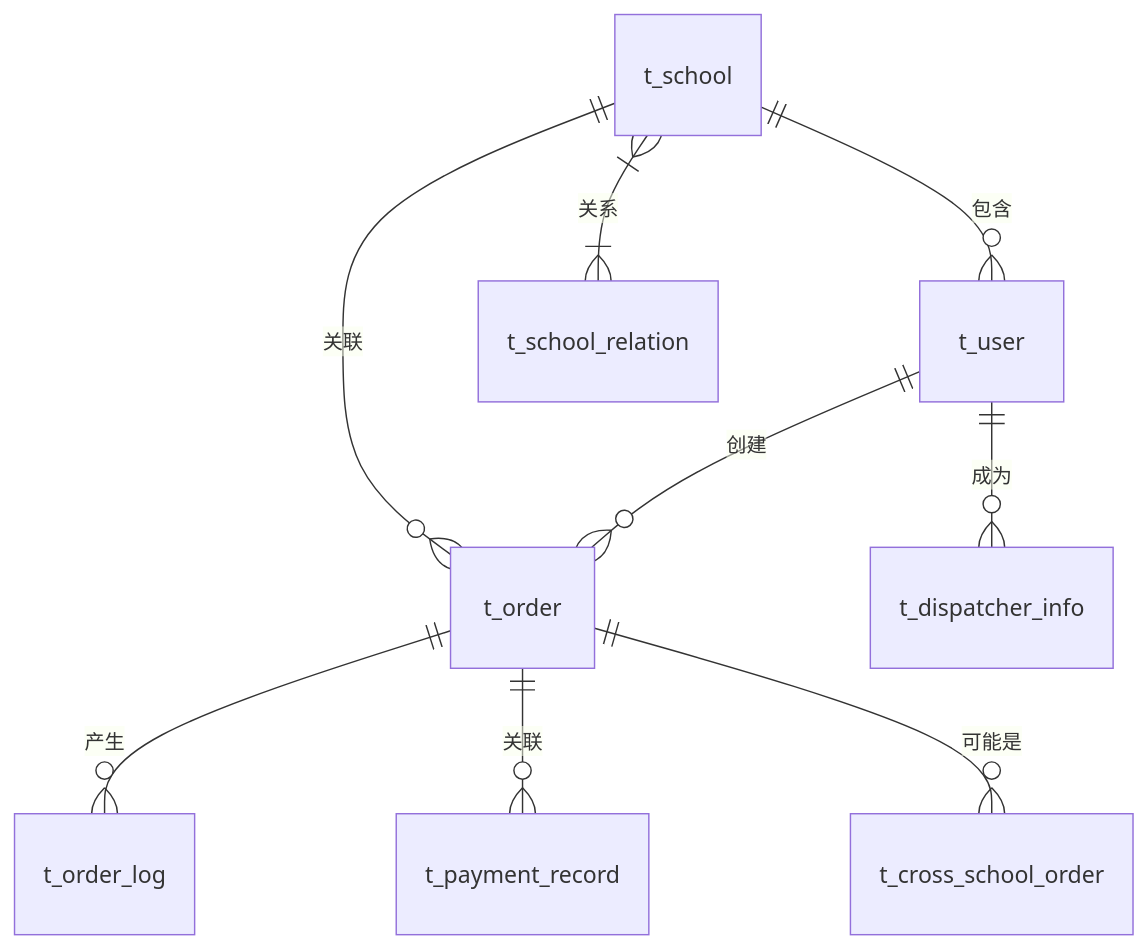
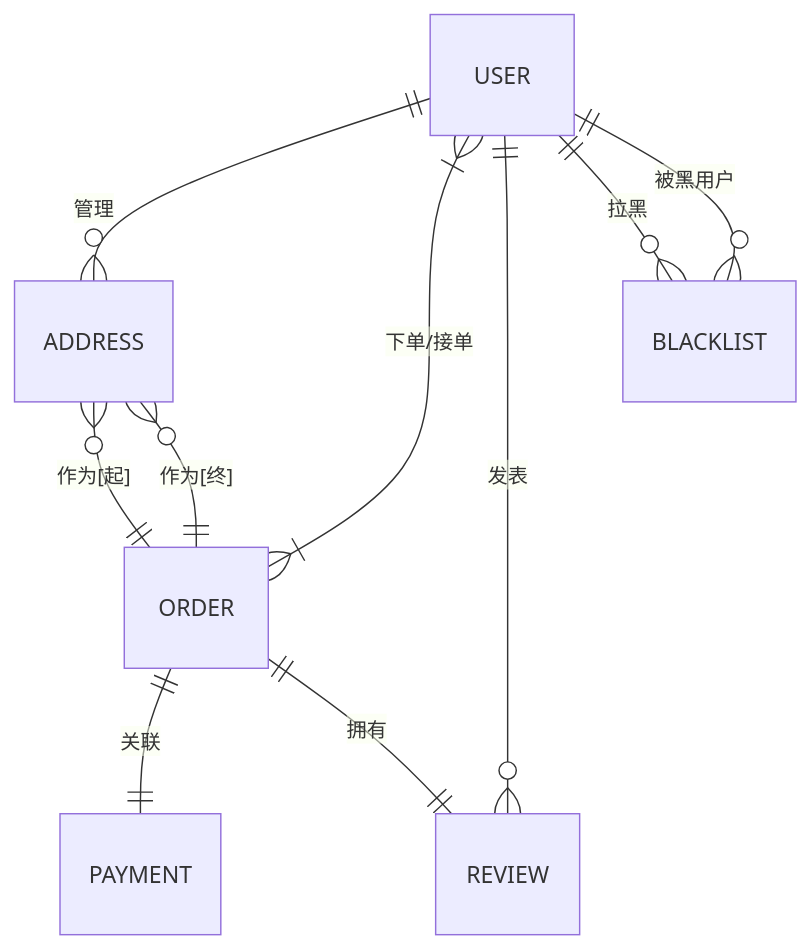
One commit to SolaneJ/Dongpaopao changed the diagram in docs/erDiagram.mermaid. Above: the diagram before and after it, drawn with Mermaid. The commit also changed 9 other files, not shown here.

Commit message:
[refactor] 重构关系模型、时序图以及表结构。

```diff
--- a/docs/erDiagram.mermaid
+++ b/docs/erDiagram.mermaid
@@ -1,9 +1,23 @@
 erDiagram
-    t_user ||--o{ t_order : "创建"
-    t_user ||--o{ t_dispatcher_info : "成为"
-    t_school ||--o{ t_user : "包含"
-    t_school ||--o{ t_order : "关联"
-    t_order ||--o{ t_order_log : "产生"
-    t_order ||--o{ t_payment_record : "关联"
-    t_order ||--o{ t_cross_school_order : "可能是"
-    t_school }|--|{ t_school_relation : "关系"
+%% 核心模块
+    USER ||--o{ ADDRESS : "管理"
+    USER }|--|{ ORDER : "下单/接单"
+    ORDER ||--|| PAYMENT : "关联"
+    ADDRESS }o--|| ORDER : "作为[起]"
+    ADDRESS }o--|| ORDER : "作为[终]"
+
+%% 评价系统
+    USER ||--o{ REVIEW : "发表"
+    ORDER ||--|| REVIEW : "拥有"
+
+%% 黑名单系统
+    USER ||--o{ BLACKLIST : "拉黑"
+    BLACKLIST }o--|| USER : "被黑用户"
+
+%% 实体定义
+    USER { }
+    ADDRESS { }
+    ORDER { }
+    PAYMENT { }
+    REVIEW { }
+    BLACKLIST { }
```
